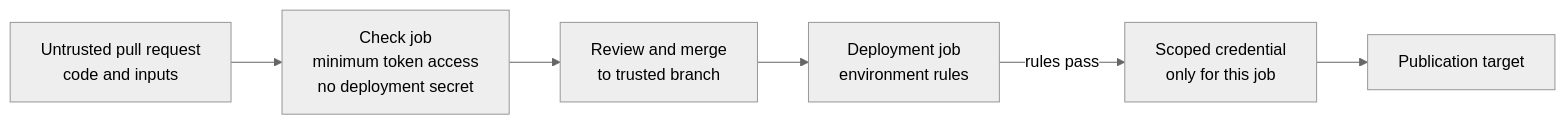
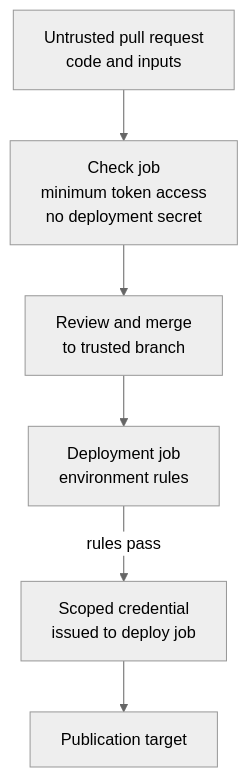
Before and after one commit to David-A18/MY-humble-knowledge-for-everyone: the diagram in knowledge/git/github-actions/security-secrets-and-permissions.md, drawn with Mermaid (neutral theme). The commit also changed other lines of this file and 7 other files, not shown here.

````diff
--- a/knowledge/git/github-actions/security-secrets-and-permissions.md
+++ b/knowledge/git/github-actions/security-secrets-and-permissions.md
@@ -57,11 +63,11 @@
 ```mermaid
-flowchart LR
+flowchart TB
   pr["Untrusted pull request<br/>code and inputs"]
   check["Check job<br/>minimum token access<br/>no deployment secret"]
   review["Review and merge<br/>to trusted branch"]
   gate["Deployment job<br/>environment rules"]
-  credential["Scoped credential<br/>only for this job"]
+  credential["Scoped credential<br/>issued to deploy job"]
   target["Publication target"]
   pr --> check --> review --> gate
   gate -- "rules pass" --> credential --> target
 ```
````
